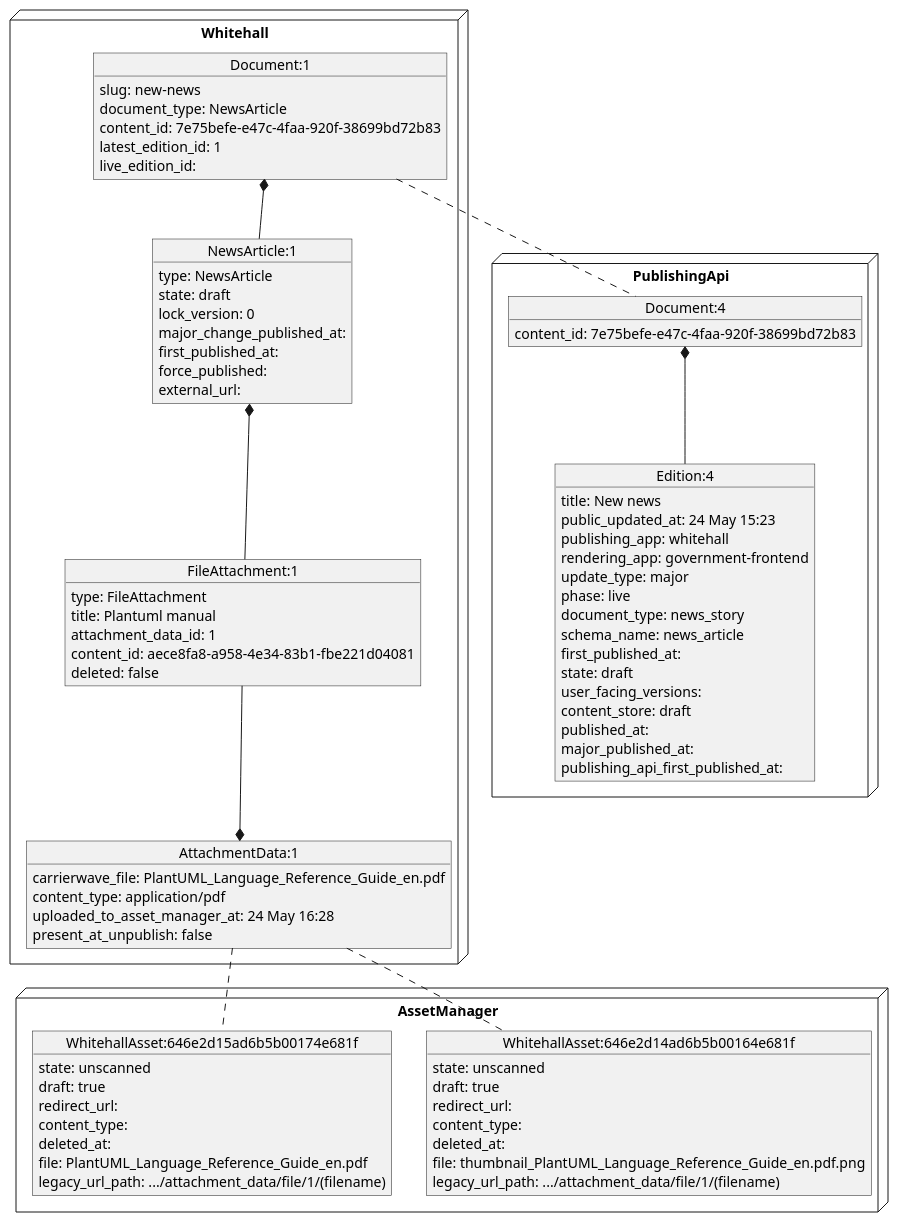
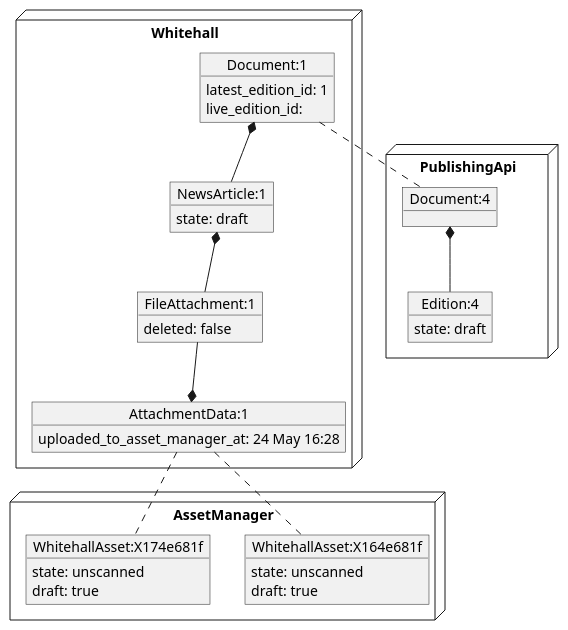
The diagram in docs/diagrams/asset_management/asset_scenarios/new_document_with_attachments/3_uploaded_file.puml (alphagov/whitehall), drawn with PlantUML before and after one commit. The commit also changed 32 other files, not shown here.

First line of the commit message:
Added markdown and plantuml docs for asset state change scenarios

```diff
--- a/docs/diagrams/asset_management/asset_scenarios/new_document_with_attachments/3_uploaded_file.puml
+++ b/docs/diagrams/asset_management/asset_scenarios/new_document_with_attachments/3_uploaded_file.puml
@@ -1,84 +1,43 @@
 @startuml
 node Whitehall {
 object "Document:1" as Document_1 {
-  slug: new-news
-  document_type: NewsArticle
-  content_id: 7e75befe-e47c-4faa-920f-38699bd72b83
   latest_edition_id: 1
   live_edition_id:
 }
 together {
 object "NewsArticle:1" as NewsArticle_1 {
-  type: NewsArticle
   state: draft
-  lock_version: 0
-  major_change_published_at:
-  first_published_at:
-  force_published:
-  external_url:
 }
 Document_1 *-- NewsArticle_1
 object "FileAttachment:1" as FileAttachment_1 {
-  type: FileAttachment
-  title: Plantuml manual
-  attachment_data_id: 1
-  content_id: aece8fa8-a958-4e34-83b1-fbe221d04081
   deleted: false
 }
 NewsArticle_1 *-- FileAttachment_1
 }
 object "AttachmentData:1" as AttachmentData_1 {
-  carrierwave_file: PlantUML_Language_Reference_Guide_en.pdf
-  content_type: application/pdf
   uploaded_to_asset_manager_at: 24 May 16:28
-  present_at_unpublish: false
 }
 AttachmentData_1 *-u- FileAttachment_1
 }
 node AssetManager {
-object "WhitehallAsset:646e2d14ad6b5b00164e681f" as am_WhitehallAsset_646e2d14ad6b5b00164e681f {
+object "WhitehallAsset:X164e681f" as am_WhitehallAsset_X164e681f {
   state: unscanned
   draft: true
-  redirect_url:
-  content_type:
-  deleted_at:
-  file: thumbnail_PlantUML_Language_Reference_Guide_en.pdf.png
-  legacy_url_path: .../attachment_data/file/1/(filename)
 }
-object "WhitehallAsset:646e2d15ad6b5b00174e681f" as am_WhitehallAsset_646e2d15ad6b5b00174e681f {
+object "WhitehallAsset:X174e681f" as am_WhitehallAsset_X174e681f {
   state: unscanned
   draft: true
-  redirect_url:
-  content_type:
-  deleted_at:
-  file: PlantUML_Language_Reference_Guide_en.pdf
-  legacy_url_path: .../attachment_data/file/1/(filename)
 }
 }
 node PublishingApi {
 object "Document:4" as pubapi_Document_4 {
-  content_id: 7e75befe-e47c-4faa-920f-38699bd72b83
 }
 object "Edition:4" as pubapi_Edition_4 {
-  title: New news
-  public_updated_at: 24 May 15:23
-  publishing_app: whitehall
-  rendering_app: government-frontend
-  update_type: major
-  phase: live
-  document_type: news_story
-  schema_name: news_article
-  first_published_at:
   state: draft
-  user_facing_versions:
-  content_store: draft
-  published_at:
-  major_published_at:
-  publishing_api_first_published_at:
 }
 pubapi_Document_4 *-- pubapi_Edition_4
 }
 Document_1 .. pubapi_Document_4
-AttachmentData_1 .. am_WhitehallAsset_646e2d14ad6b5b00164e681f
-AttachmentData_1 .. am_WhitehallAsset_646e2d15ad6b5b00174e681f
+AttachmentData_1 .. am_WhitehallAsset_X164e681f
+AttachmentData_1 .. am_WhitehallAsset_X174e681f
 @enduml
```
